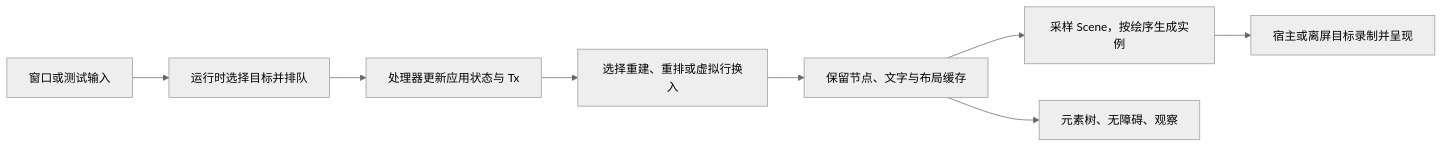
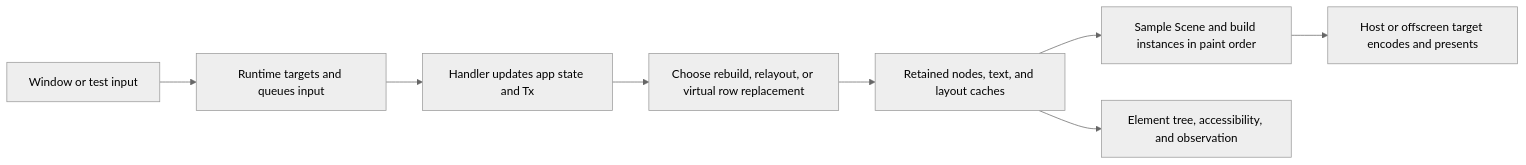
Before and after one commit to devxiyang/octara: the diagram in docs/research/rune-architecture.md, drawn with Mermaid (neutral theme). The commit also changed other lines of this file and 55 other files, not shown here.

````diff
--- a/docs/research/rune-architecture.md
+++ b/docs/research/rune-architecture.md
@@ -7,10 +7,10 @@
 ```mermaid
 flowchart LR
-    I["窗口或测试输入"] --> R["运行时选择目标并排队"]
-    R --> S["处理器更新应用状态与 Tx"]
-    S --> M["选择重建、重排或虚拟行换入"]
-    M --> T["保留节点、文字与布局缓存"]
-    T --> P["采样 Scene，按绘序生成实例"]
-    P --> H["宿主或离屏目标录制并呈现"]
-    T --> O["元素树、无障碍、观察"]
+    I["Window or test input"] --> R["Runtime targets and queues input"]
+    R --> S["Handler updates app state and Tx"]
+    S --> M["Choose rebuild, relayout, or virtual row replacement"]
+    M --> T["Retained nodes, text, and layout caches"]
+    T --> P["Sample Scene and build instances in paint order"]
+    P --> H["Host or offscreen target encodes and presents"]
+    T --> O["Element tree, accessibility, and observation"]
 ```
````
